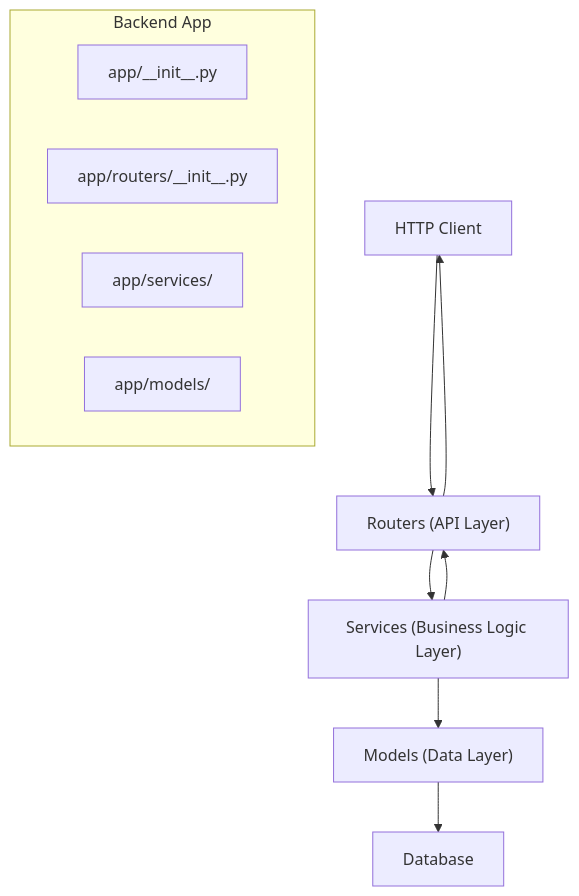
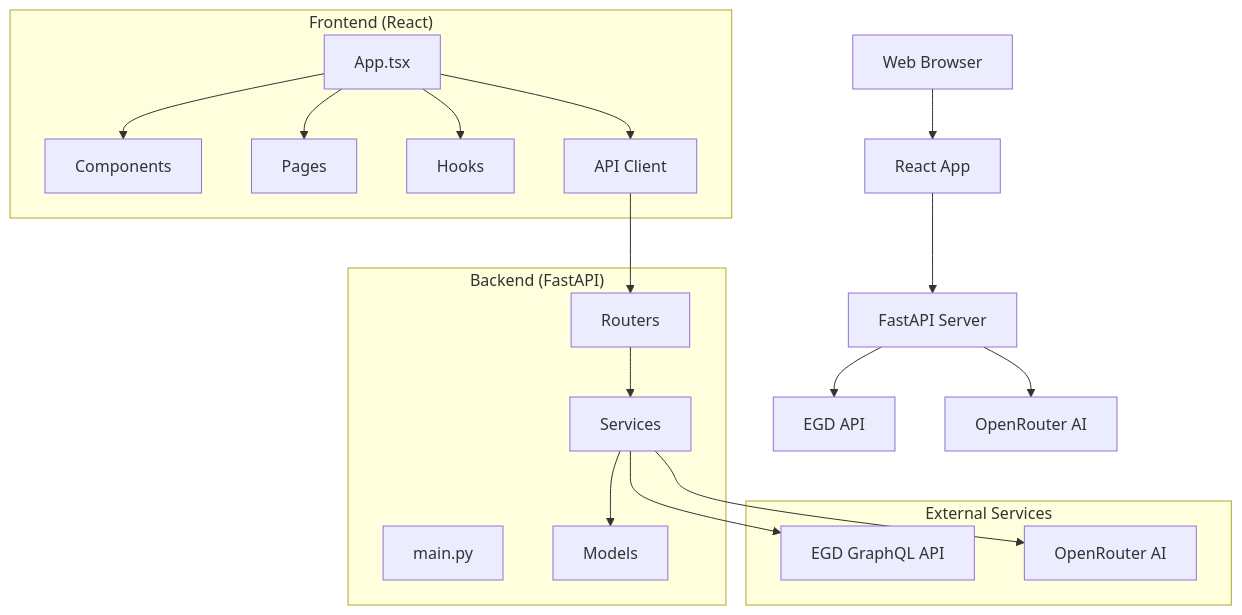
Before and after one commit to Ragnar1999/GoNow: the first of 8 diagrams in .qoder/repowiki/en/content/Architecture Guide/Architecture Guide.md, drawn with Mermaid. The commit also changed other lines of this file and 6 other files, not shown here.

````diff
--- a/.qoder/repowiki/en/content/Architecture Guide/Architecture Guide.md
+++ b/.qoder/repowiki/en/content/Architecture Guide/Architecture Guide.md
@@ -29,15 +50,33 @@
 ```mermaid
 graph TB
-subgraph "Backend App"
-A["app/__init__.py"]
-B["app/routers/__init__.py"]
-C["app/services/"]
-D["app/models/"]
+subgraph "Frontend (React)"
+A["App.tsx"]
+B["Components"]
+C["Pages"]
+D["Hooks"]
+E["API Client"]
 end
-Client["HTTP Client"] --> Routers["Routers (API Layer)"]
-Routers --> Services["Services (Business Logic Layer)"]
-Services --> Models["Models (Data Layer)"]
-Models --> DB["Database"]
-Services --> Routers
-Routers --> Client
+subgraph "Backend (FastAPI)"
+F["main.py"]
+G["Routers"]
+H["Services"]
+I["Models"]
+end
+subgraph "External Services"
+J["EGD GraphQL API"]
+K["OpenRouter AI"]
+end
+Client["Web Browser"] --> Frontend["React App"]
+Frontend --> Backend["FastAPI Server"]
+Backend --> EGD["EGD API"]
+Backend --> OpenRouter["OpenRouter AI"]
+A --> B
+A --> C
+A --> D
+A --> E
+E --> G
+G --> H
+H --> I
+H --> J
+H --> K
 ```
````
